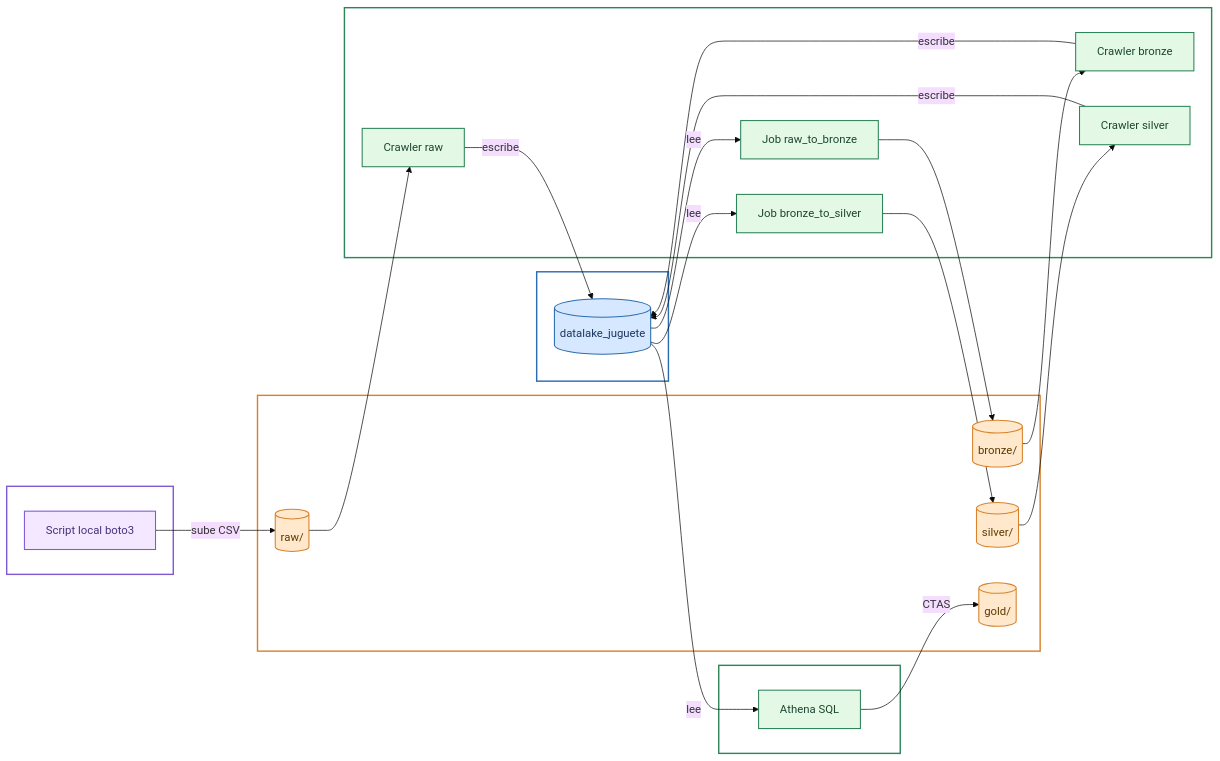
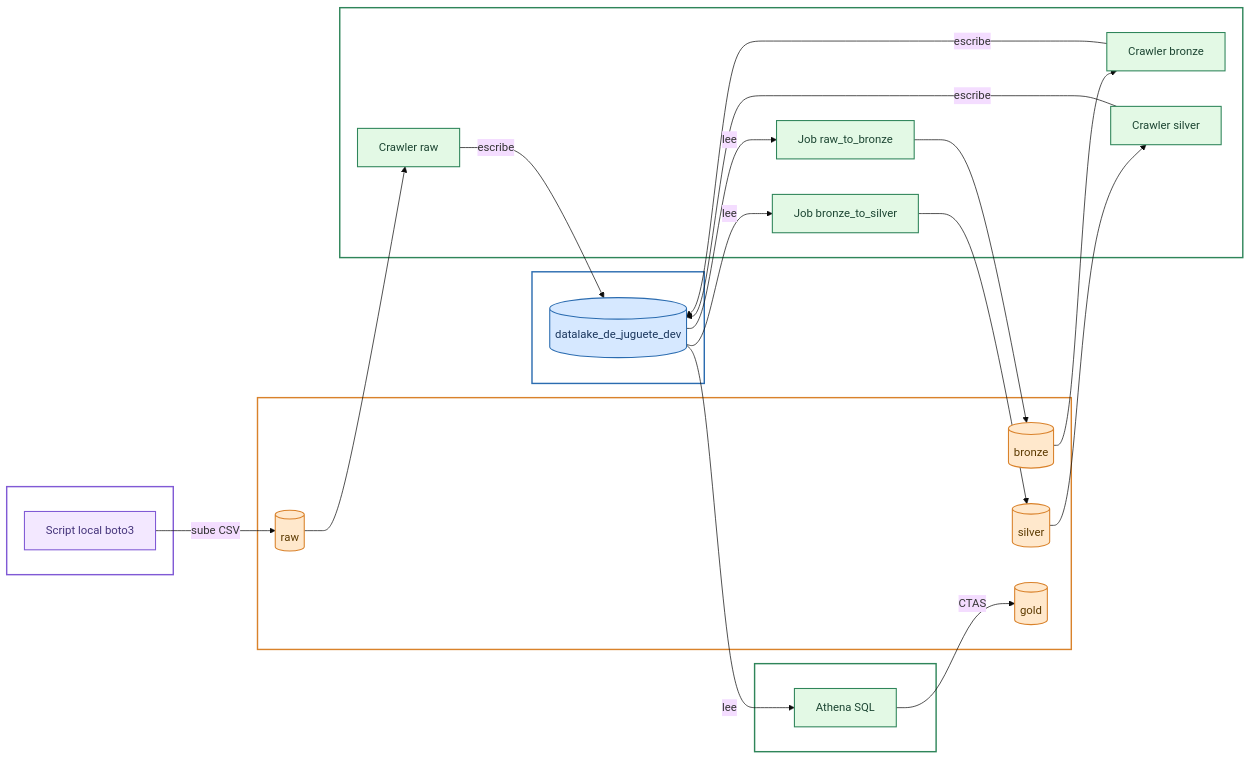
The diagram in README.md (D4v1son/DataLakeDeJuguete), drawn with Mermaid (base theme) before and after one commit. The commit also changed other lines of this file and 22 other files, not shown here.

````diff
--- a/README.md
+++ b/README.md
@@ -20,62 +20,62 @@
 ```mermaid
 flowchart LR
     subgraph Ingesta["Ingesta"]
         Local[Script local boto3]
     end
 
-    subgraph S3["S3 Bucket"]
-        Raw[("raw/")]
-        Bronze[("bronze/")]
-        Silver[("silver/")]
-        Gold[("gold/")]
+    subgraph S3["S3 Buckets (uno por capa)"]
+        Raw[("raw")]
+        Bronze[("bronze")]
+        Silver[("silver")]
+        Gold[("gold")]
     end
 
     subgraph Compute["Procesamiento"]
         CrawlerRaw[Crawler raw]
         JobBronze[Job raw_to_bronze]
         CrawlerBronze[Crawler bronze]
         JobSilver[Job bronze_to_silver]
         CrawlerSilver[Crawler silver]
     end
 
     subgraph Catalog["Glue Catalog"]
-        DB[(datalake_juguete)]
+        DB[(datalake_de_juguete_dev)]
     end
 
     subgraph AthenaGroup["Athena"]
         Athena[Athena SQL]
     end
 
     Local -->|sube CSV| Raw
 
     Raw --> CrawlerRaw
     CrawlerRaw -->|escribe| DB
     DB -->|lee| JobBronze
     JobBronze --> Bronze
 
     Bronze --> CrawlerBronze
     CrawlerBronze -->|escribe| DB
     DB -->|lee| JobSilver
     JobSilver --> Silver
 
     Silver --> CrawlerSilver
     CrawlerSilver -->|escribe| DB
     DB -->|lee| Athena
     Athena -->|CTAS| Gold
 
     classDef s3style fill:#FFE8CC,stroke:#D9822B,stroke-width:1.5px,color:#5C3A00
     classDef catalogstyle fill:#D6E8FF,stroke:#2B6CB0,stroke-width:1.5px,color:#1A365D
     classDef computestyle fill:#E3F9E5,stroke:#2F855A,stroke-width:1.5px,color:#1C4532
     classDef ingestastyle fill:#F3E8FF,stroke:#805AD5,stroke-width:1.5px,color:#44337A
 
     class Raw,Bronze,Silver,Gold s3style
     class DB catalogstyle
     class CrawlerRaw,JobBronze,CrawlerBronze,JobSilver,CrawlerSilver,Athena computestyle
     class Local ingestastyle
 
     style Ingesta fill:transparent,stroke:#805AD5,stroke-width:2px,color:#ffffff,font-weight:bold
     style S3 fill:transparent,stroke:#D9822B,stroke-width:2px,color:#ffffff,font-weight:bold
     style Compute fill:transparent,stroke:#2F855A,stroke-width:2px,color:#ffffff,font-weight:bold
     style Catalog fill:transparent,stroke:#2B6CB0,stroke-width:2px,color:#ffffff,font-weight:bold
     style AthenaGroup fill:transparent,stroke:#2F855A,stroke-width:2px,color:#ffffff,font-weight:bold
 ```
````
